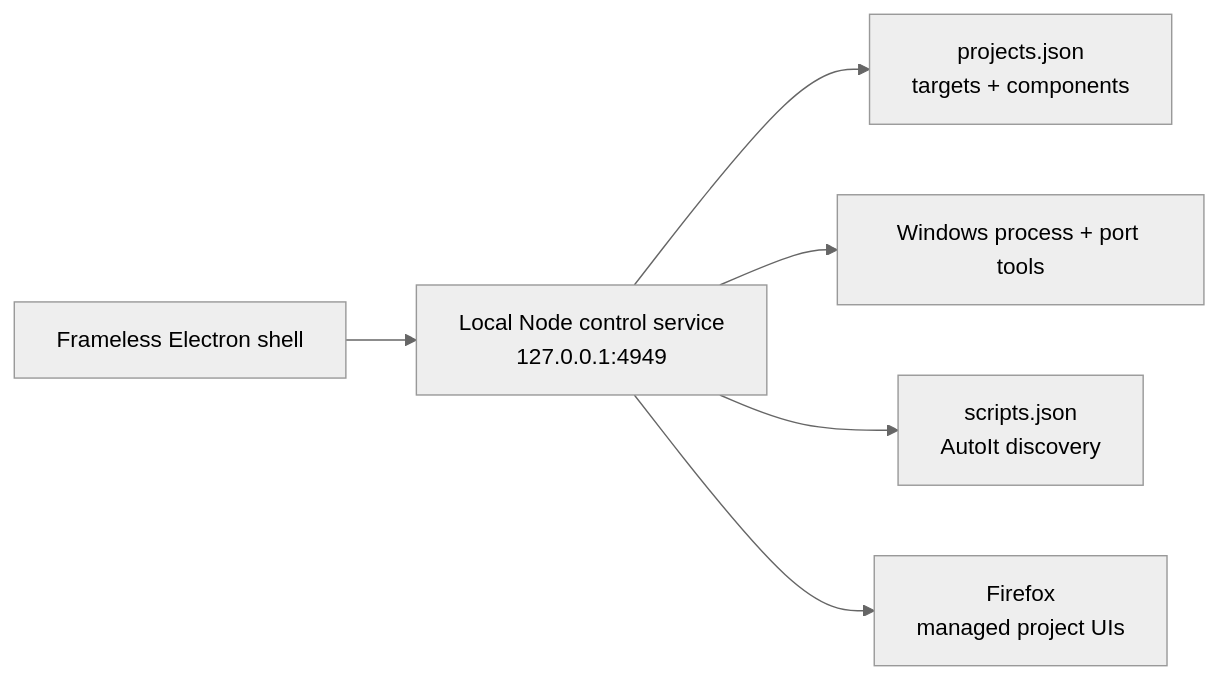
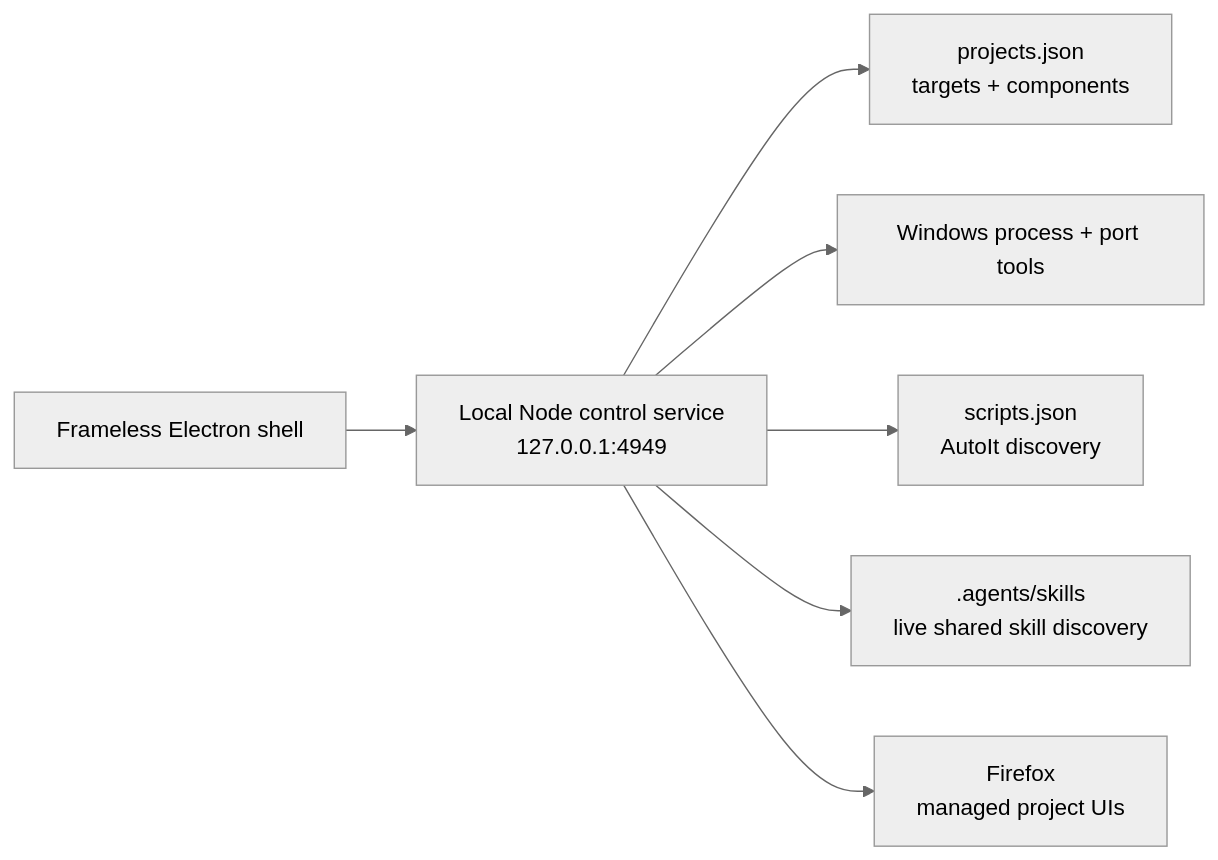
Before and after one commit to alfonza1/hackers-lair: the diagram in README.md, drawn with Mermaid (neutral theme). The commit also changed other lines of this file and 5 other files, not shown here.

````diff
--- a/README.md
+++ b/README.md
@@ -58,8 +64,9 @@
 ```mermaid
 flowchart LR
     UI["Frameless Electron shell"] --> API["Local Node control service<br/>127.0.0.1:4949"]
     API --> PROJECTS["projects.json<br/>targets + components"]
     API --> WINDOWS["Windows process + port tools"]
     API --> SCRIPTS["scripts.json<br/>AutoIt discovery"]
+    API --> SKILLS[".agents/skills<br/>live shared skill discovery"]
     API --> FIREFOX["Firefox<br/>managed project UIs"]
 ```
````
